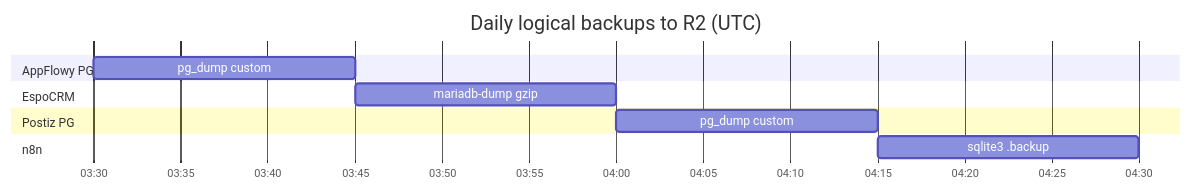
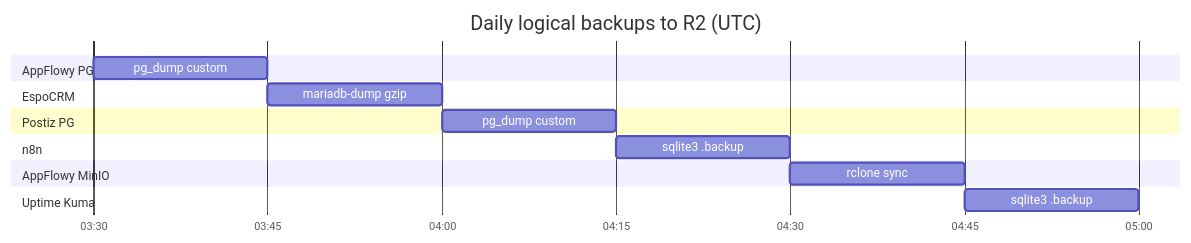
The ninth of 13 diagrams in docs/databases/landscape.md (Themis128/cloudless.gr), drawn with Mermaid before and after one commit. The commit also changed other lines of this file and 15 other files, not shown here.

````diff
--- a/docs/databases/landscape.md
+++ b/docs/databases/landscape.md
@@ -228,15 +231,19 @@
 ```mermaid
 gantt
   title Daily logical backups to R2 (UTC)
   dateFormat HH:mm
   axisFormat %H:%M
 
   section AppFlowy PG
   pg_dump custom     :a1, 03:30, 15m
   section EspoCRM
   mariadb-dump gzip  :a2, 03:45, 15m
   section Postiz PG
   pg_dump custom     :a3, 04:00, 15m
   section n8n
   sqlite3 .backup    :a4, 04:15, 15m
+  section AppFlowy MinIO
+  rclone sync        :a5, 04:30, 15m
+  section Uptime Kuma
+  sqlite3 .backup    :a6, 04:45, 15m
 ```
````
